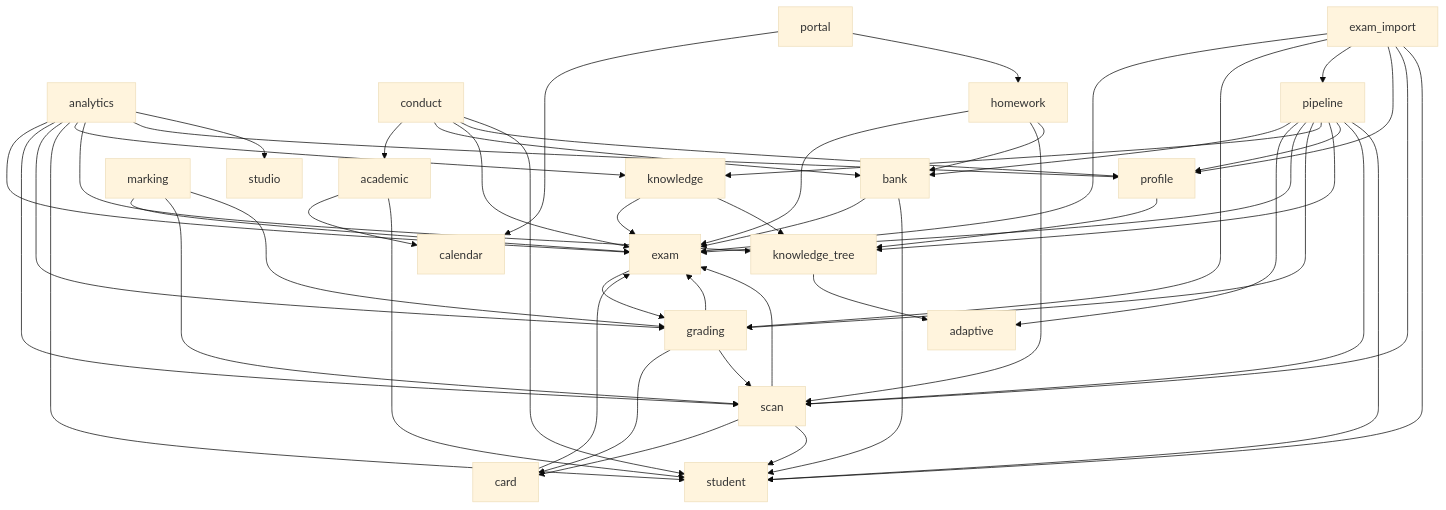
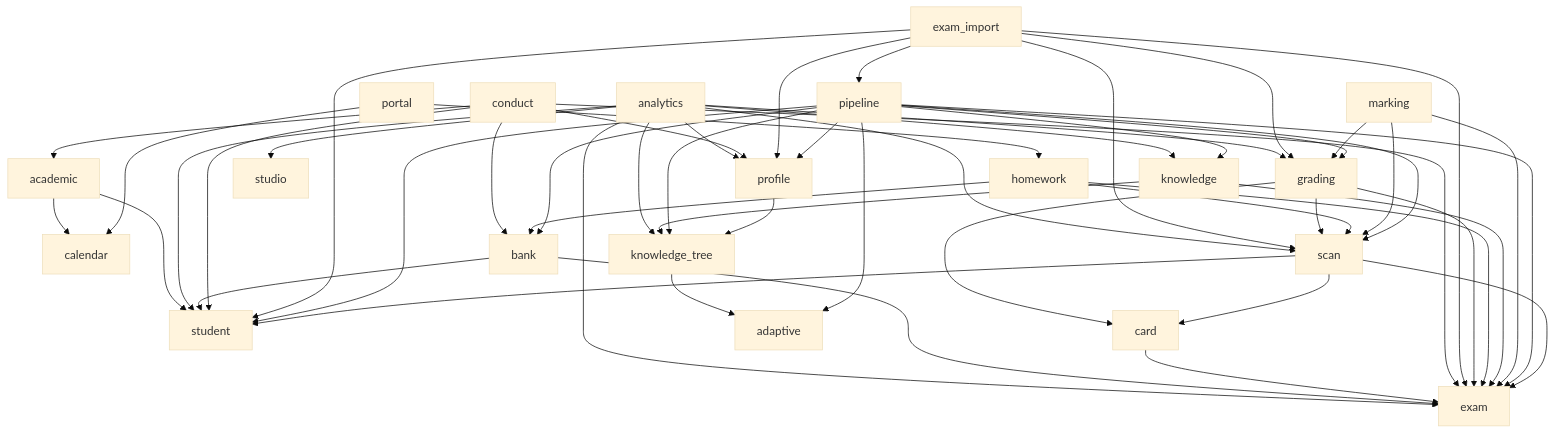
Before and after one commit to juanwan99/edu-cloud: the diagram in docs/governance/dependency-graph.md, drawn with Mermaid (base theme). The commit also changed 7 other files, not shown here.

Commit message:
refactor(exam): move grading publish checks behind service

````diff
--- a/docs/governance/dependency-graph.md
+++ b/docs/governance/dependency-graph.md
@@ -5,55 +5,54 @@
 ```mermaid
 flowchart TD
   academic --> calendar
   academic --> student
   analytics --> exam
   analytics --> scan
   analytics --> grading
   analytics --> student
   analytics --> knowledge
   analytics --> knowledge_tree
   analytics --> profile
   analytics --> studio
   bank --> exam
   bank --> student
   card --> exam
   conduct --> academic
   conduct --> bank
   conduct --> exam
   conduct --> profile
   conduct --> student
-  exam --> grading
   exam_import --> exam
   exam_import --> grading
   exam_import --> pipeline
   exam_import --> profile
   exam_import --> scan
   exam_import --> student
   grading --> card
   grading --> exam
   grading --> scan
   homework --> exam
   homework --> scan
   homework --> bank
   knowledge --> exam
   knowledge --> knowledge_tree
   knowledge_tree --> adaptive
   marking --> exam
   marking --> scan
   marking --> grading
   pipeline --> bank
   pipeline --> adaptive
   pipeline --> exam
   pipeline --> grading
   pipeline --> knowledge
   pipeline --> knowledge_tree
   pipeline --> profile
   pipeline --> scan
   pipeline --> student
   portal --> calendar
   portal --> homework
   profile --> knowledge_tree
   scan --> exam
   scan --> card
   scan --> student
 ```
````
